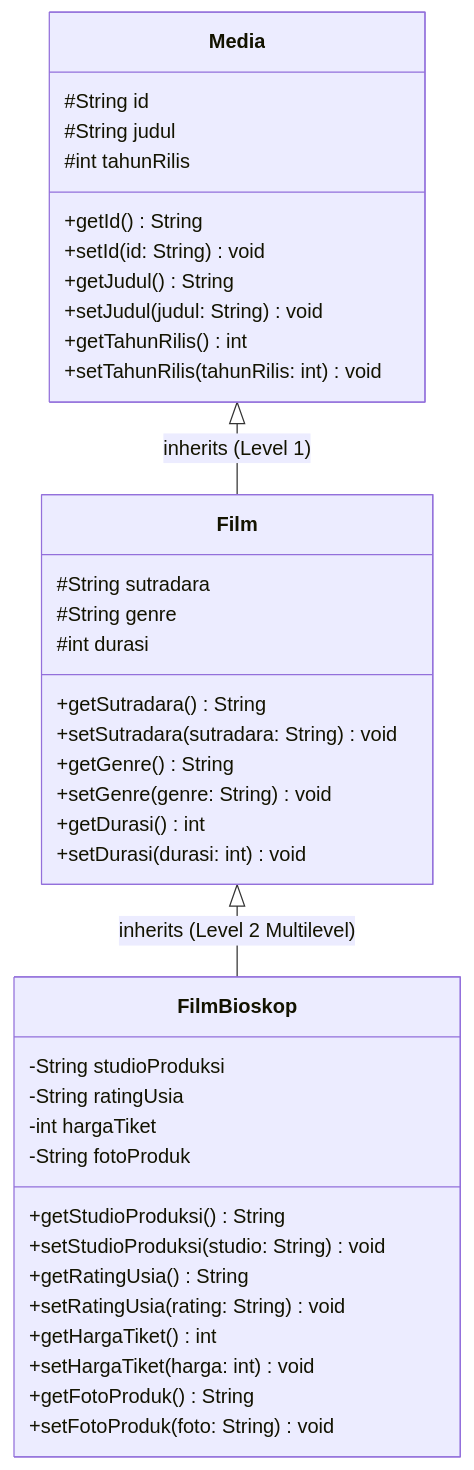
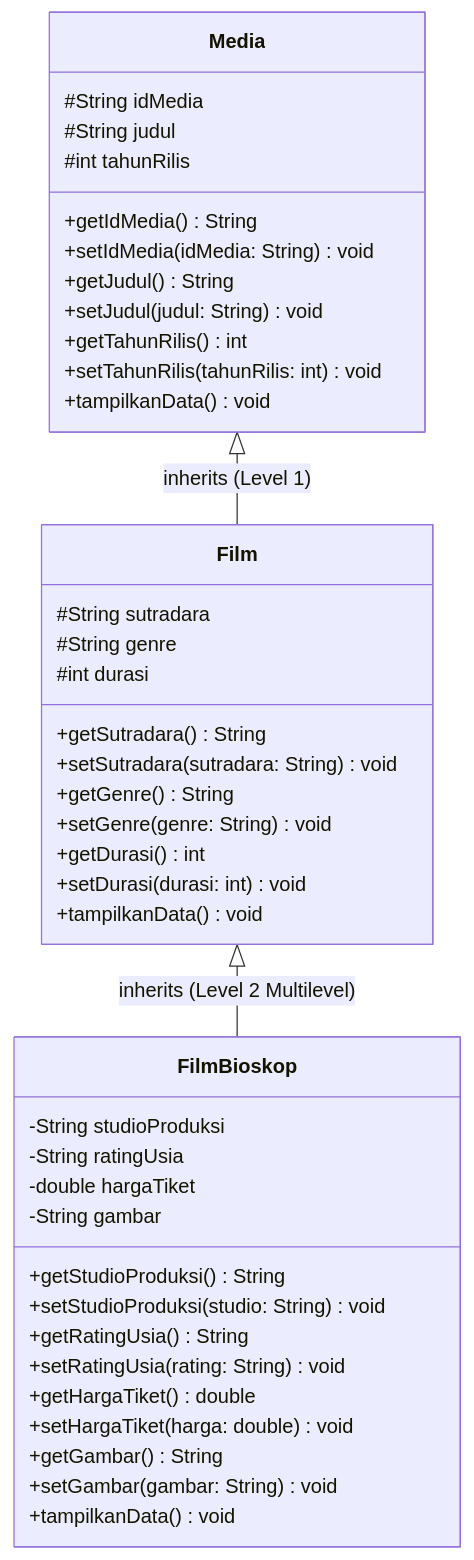
One commit to nluthfi/TP2DPBO2526C1 changed the diagram in README.md. Above: the diagram before and after it, drawn with Mermaid. The commit also changed other lines of this file and 42 other files, not shown here.

Commit message:
refactor: align code architecture and error handling with reference while keeping Film theme

````diff
--- a/README.md
+++ b/README.md
@@ -70,45 +46,48 @@
 ```mermaid
 classDiagram
     direction TB
     class Media {
-        #String id
+        #String idMedia
         #String judul
         #int tahunRilis
-        +getId() String
-        +setId(id: String) void
+        +getIdMedia() String
+        +setIdMedia(idMedia: String) void
         +getJudul() String
         +setJudul(judul: String) void
         +getTahunRilis() int
         +setTahunRilis(tahunRilis: int) void
+        +tampilkanData() void
     }
 
     class Film {
         #String sutradara
         #String genre
         #int durasi
         +getSutradara() String
         +setSutradara(sutradara: String) void
         +getGenre() String
         +setGenre(genre: String) void
         +getDurasi() int
         +setDurasi(durasi: int) void
+        +tampilkanData() void
     }
 
     class FilmBioskop {
         -String studioProduksi
         -String ratingUsia
-        -int hargaTiket
-        -String fotoProduk
+        -double hargaTiket
+        -String gambar
         +getStudioProduksi() String
         +setStudioProduksi(studio: String) void
         +getRatingUsia() String
         +setRatingUsia(rating: String) void
-        +getHargaTiket() int
-        +setHargaTiket(harga: int) void
-        +getFotoProduk() String
-        +setFotoProduk(foto: String) void
+        +getHargaTiket() double
+        +setHargaTiket(harga: double) void
+        +getGambar() String
+        +setGambar(gambar: String) void
+        +tampilkanData() void
     }
 
     Media <|-- Film : inherits (Level 1)
     Film <|-- FilmBioskop : inherits (Level 2 Multilevel)
 ```
````
